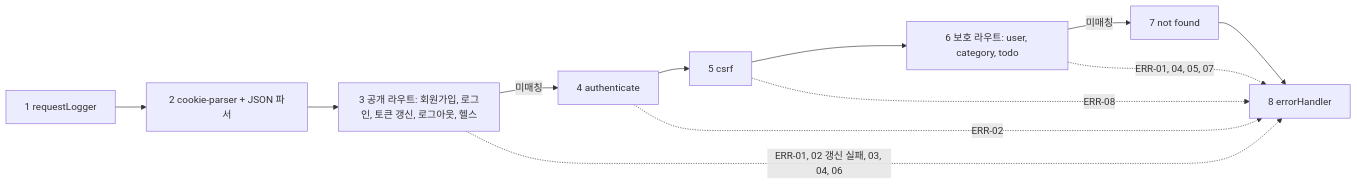
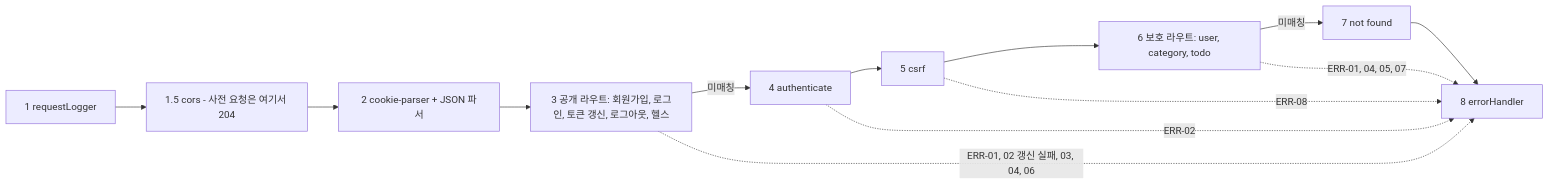
One commit to Palbok-Kim/todolist-app changed the second of 13 diagrams in docs/6-arch-diagram.md. Above: the diagram before and after it, drawn with Mermaid. The commit also changed other lines of this file and 22 other files, not shown here.

````diff
--- a/docs/6-arch-diagram.md
+++ b/docs/6-arch-diagram.md
@@ -92,14 +93,15 @@
 ```mermaid
 flowchart LR
-    M1["1 requestLogger"] --> M2["2 cookie-parser + JSON 파서"]
+    M1["1 requestLogger"] --> MC["1.5 cors - 사전 요청은 여기서 204"]
+    MC --> M2["2 cookie-parser + JSON 파서"]
     M2 --> M3["3 공개 라우트: 회원가입, 로그인, 토큰 갱신, 로그아웃, 헬스"]
     M3 -- "미매칭" --> M4["4 authenticate"]
     M4 --> M5["5 csrf"]
     M5 --> M6["6 보호 라우트: user, category, todo"]
     M6 -- "미매칭" --> M7["7 not found"]
     M7 --> M8["8 errorHandler"]
     M3 -. "ERR-01, 02 갱신 실패, 03, 04, 06" .-> M8
     M4 -. "ERR-02" .-> M8
     M5 -. "ERR-08" .-> M8
     M6 -. "ERR-01, 04, 05, 07" .-> M8
 ```
````
